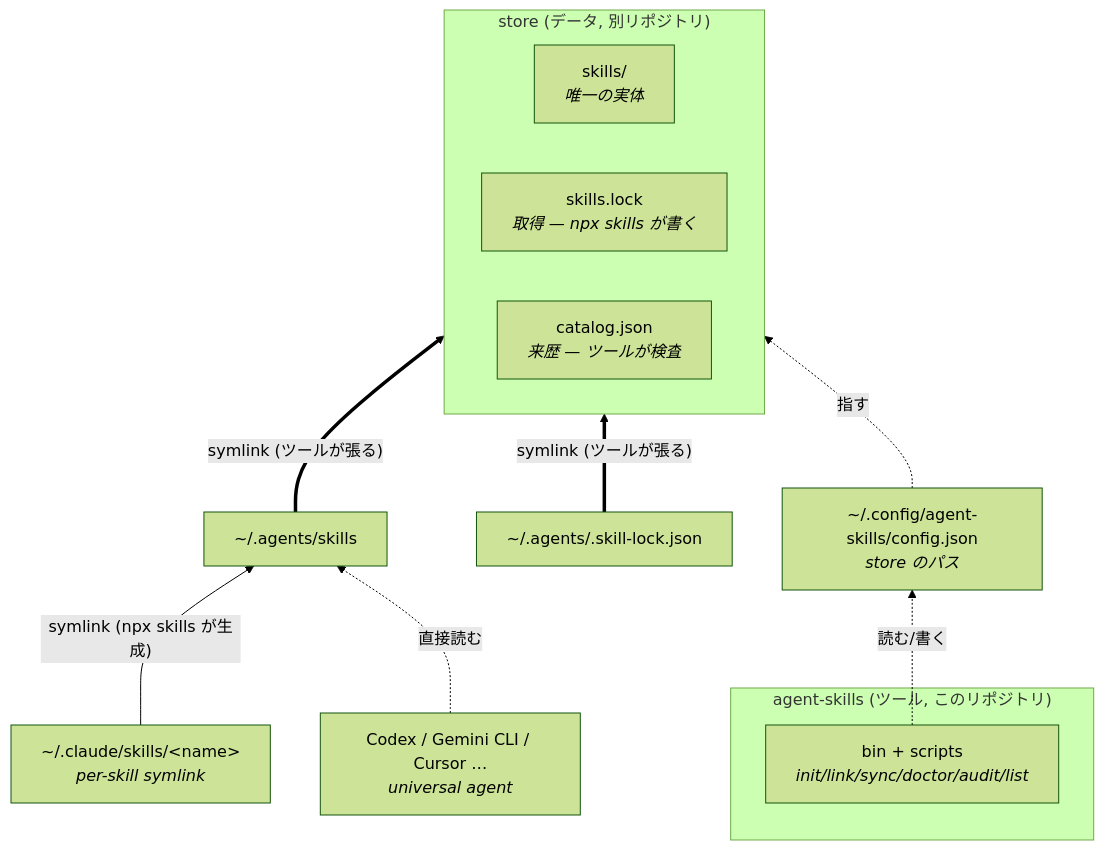
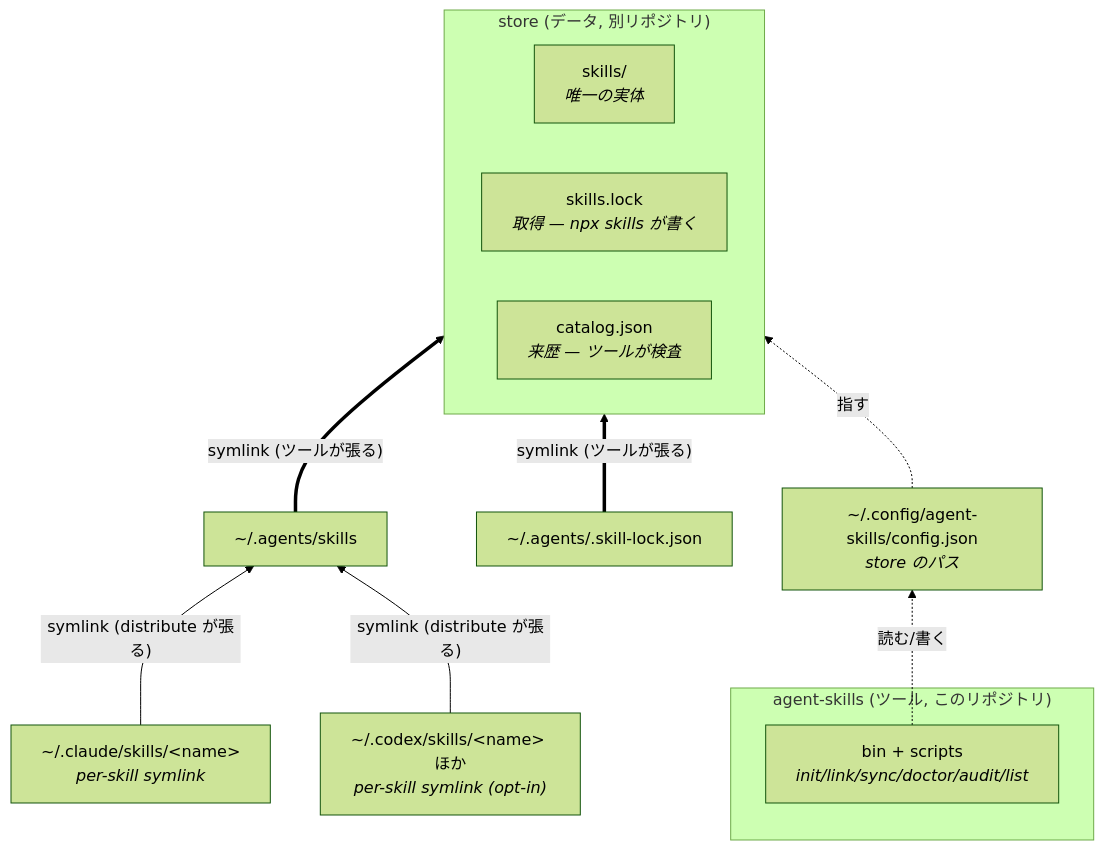
The first of 2 diagrams in docs/architecture.md (ken-ty/agent-skills), drawn with Mermaid (forest theme) before and after one commit. The commit also changed other lines of this file, not shown here.

First line of the commit message:
docs: correct the "universal agent" claim in architecture.md (#35)

````diff
--- a/docs/architecture.md
+++ b/docs/architecture.md
@@ -109,26 +109,26 @@
 ```mermaid
 flowchart BT
   subgraph tool["agent-skills (ツール, このリポジトリ)"]
     cli["bin + scripts<br/><i>init/link/sync/doctor/audit/list</i>"]
   end
 
   subgraph store["store (データ, 別リポジトリ)"]
     direction LR
     skills["skills/<br/><i>唯一の実体</i>"]
     lock["skills.lock<br/><i>取得 — npx skills が書く</i>"]
     catalog["catalog.json<br/><i>来歴 — ツールが検査</i>"]
   end
 
   config["~/.config/agent-skills/config.json<br/><i>store のパス</i>"]
   agentsSkills["~/.agents/skills"]
   agentsLock["~/.agents/.skill-lock.json"]
   claude["~/.claude/skills/&lt;name&gt;<br/><i>per-skill symlink</i>"]
-  universal["Codex / Gemini CLI / Cursor …<br/><i>universal agent</i>"]
+  others["~/.codex/skills/&lt;name&gt; ほか<br/><i>per-skill symlink (opt-in)</i>"]
 
   cli -.->|"読む/書く"| config
   config -.->|"指す"| store
   agentsSkills ==>|"symlink (ツールが張る)"| skills
   agentsLock ==>|"symlink (ツールが張る)"| lock
-  claude -->|"symlink (npx skills が生成)"| agentsSkills
-  universal -.->|"直接読む"| agentsSkills
+  claude -->|"symlink (distribute が張る)"| agentsSkills
+  others -->|"symlink (distribute が張る)"| agentsSkills
 ```
````
